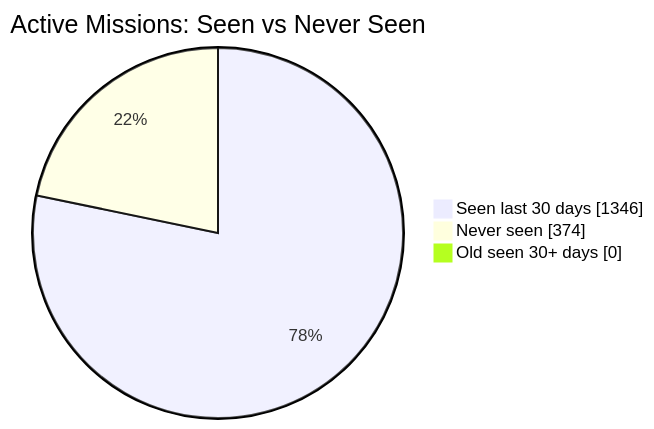
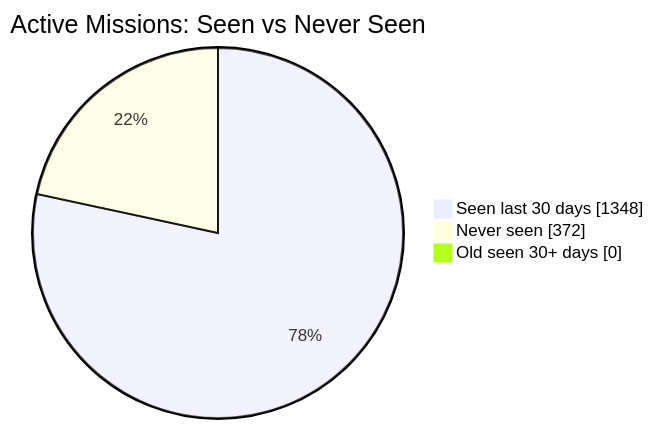
Before and after one commit to MeldkamerspelGameTeam/active-missions: the first of 2 diagrams in README.md, drawn with Mermaid. The commit also changed other lines of this file and 2 other files, not shown here.

````diff
--- a/README.md
+++ b/README.md
@@ -34,7 +34,7 @@
 ```mermaid
 pie showData
     title Active Missions: Seen vs Never Seen
-    "Seen last 30 days" : 1346
-    "Never seen" : 374
+    "Seen last 30 days" : 1348
+    "Never seen" : 372
     "Old seen 30+ days" : 0
 ```
````
